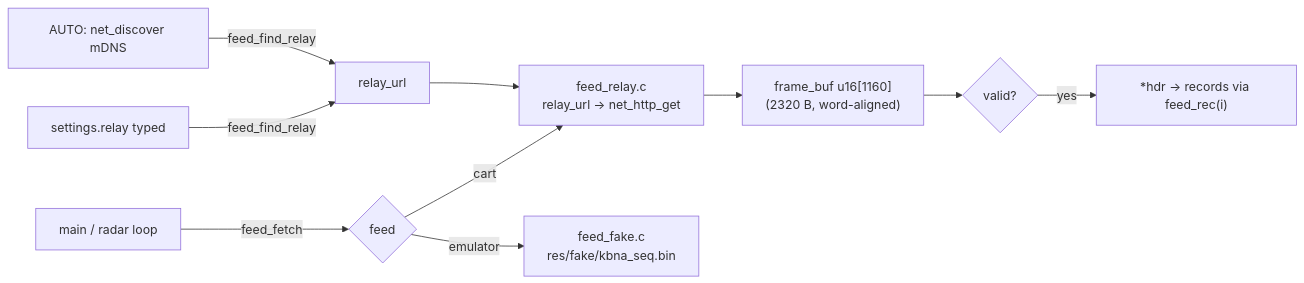
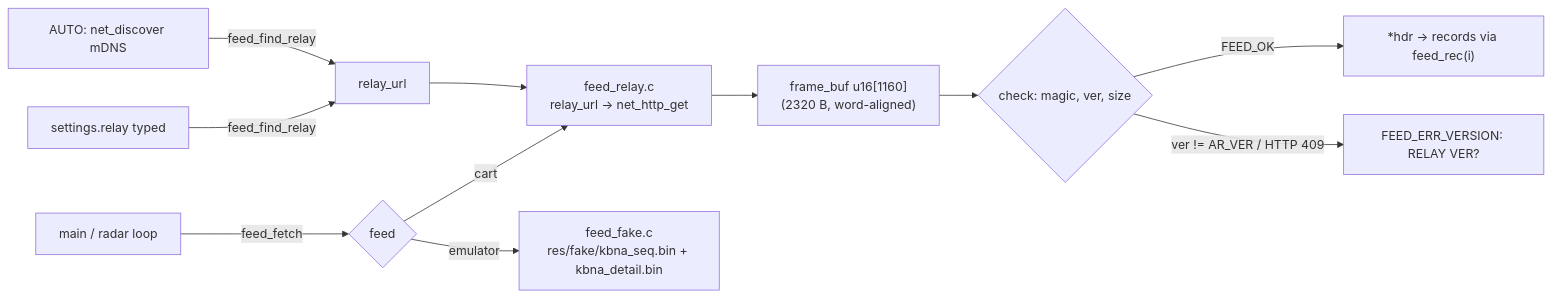
Before and after one commit to jfryman/mega-wifi-radar: the diagram in lode/net/feed.md, drawn with Mermaid. The commit also changed other lines of this file and 17 other files, not shown here.

````diff
--- a/lode/net/feed.md
+++ b/lode/net/feed.md
@@ -7,11 +8,12 @@
 ```mermaid
 flowchart LR
   M[main / radar loop] -->|feed_fetch| F{feed}
   F -->|cart| R[feed_relay.c<br/>relay_url → net_http_get]
-  F -->|emulator| K[feed_fake.c<br/>res/fake/kbna_seq.bin]
+  F -->|emulator| K[feed_fake.c<br/>res/fake/kbna_seq.bin + kbna_detail.bin]
   S[settings.relay typed] -->|feed_find_relay| U[relay_url]
   D[AUTO: net_discover mDNS] -->|feed_find_relay| U
   U --> R
   R --> B["frame_buf u16[1160]<br/>(2320 B, word-aligned)"]
-  B --> V{valid?} -->|yes| H["*hdr → records via feed_rec(i)"]
+  B --> V{check: magic, ver, size} -->|FEED_OK| H["*hdr → records via feed_rec(i)"]
+  V -->|ver != AR_VER / HTTP 409| X[FEED_ERR_VERSION: RELAY VER?]
 ```
````
